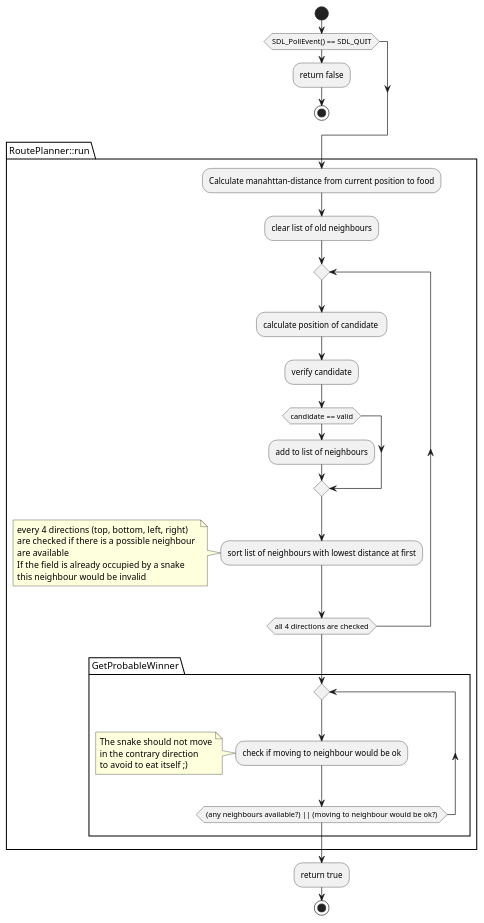
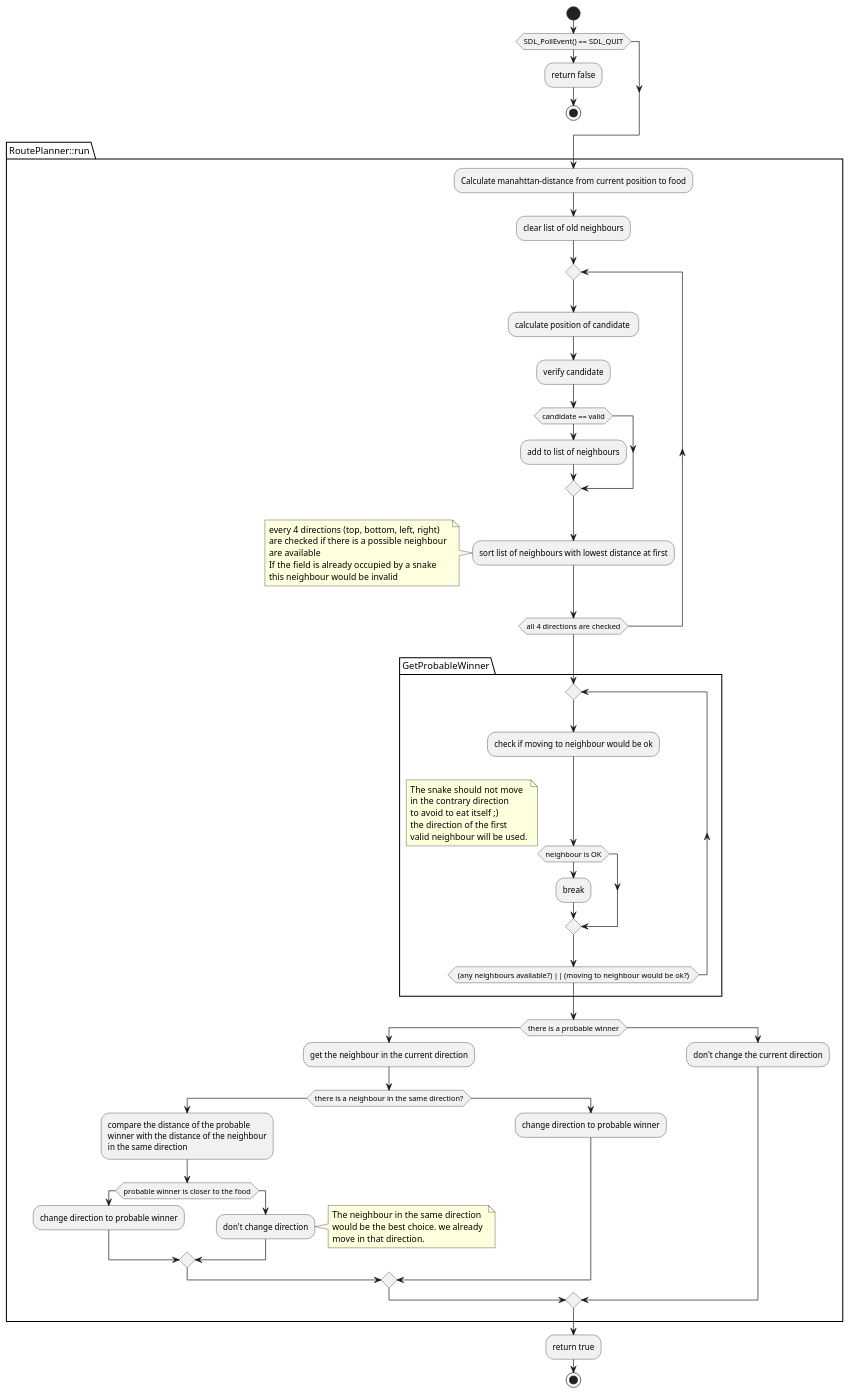
Before and after one commit to udacity/CppND-Capstone-Snake-Game: the diagram in doc/virtual_controller_activity.puml, drawn with PlantUML.

Commit message:
activity diagram for virtual controller

```diff
--- a/doc/virtual_controller_activity.puml
+++ b/doc/virtual_controller_activity.puml
@@ -1,39 +1,63 @@
 @startuml
 start
 if (SDL_PollEvent() == SDL_QUIT) then
     :return false;
     stop
 endif 
 package RoutePlanner::run {
     :Calculate manahttan-distance from current position to food;
     :clear list of old neighbours;
     repeat 
         :calculate position of candidate ;
         :verify candidate;
         if (candidate == valid) then
             :add to list of neighbours;
         endif
         :sort list of neighbours with lowest distance at first;
         note left
             every 4 directions (top, bottom, left, right)
             are checked if there is a possible neighbour 
             are available
             If the field is already occupied by a snake 
             this neighbour would be invalid
         end note
     repeat while (all 4 directions are checked)
     package GetProbableWinner {
         repeat
             :check if moving to neighbour would be ok;
-            
+            if (neighbour is OK) then
+                :break;
+            endif
             note left
                 The snake should not move
                 in the contrary direction 
                 to avoid to eat itself ;)
+                the direction of the first
+                valid neighbour will be used.
             end note
         repeat while ( (any neighbours available?) || (moving to neighbour would be ok?) )
     }
+    if (there is a probable winner) then
+        :get the neighbour in the current direction;
+        if (there is a neighbour in the same direction?) then
+            :compare the distance of the probable\nwinner with the distance of the neighbour\nin the same direction;
+            if (probable winner is closer to the food) then
+                :change direction to probable winner;
+            else
+                :don't change direction;
+                note right
+                    The neighbour in the same direction 
+                    would be the best choice. we already 
+                    move in that direction.
+                end note
+            endif
+        else
+            :change direction to probable winner;
+        endif
+    else
+        :don't change the current direction;
+    endif
 }
 :return true;
 stop
 @enduml
```
